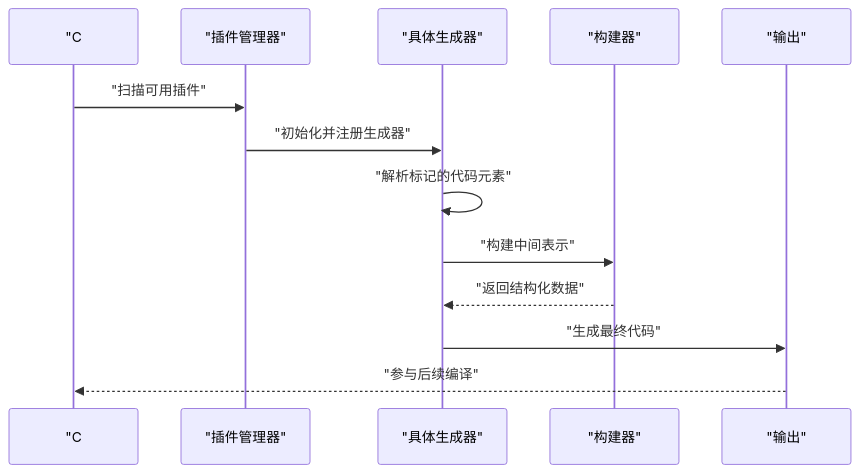
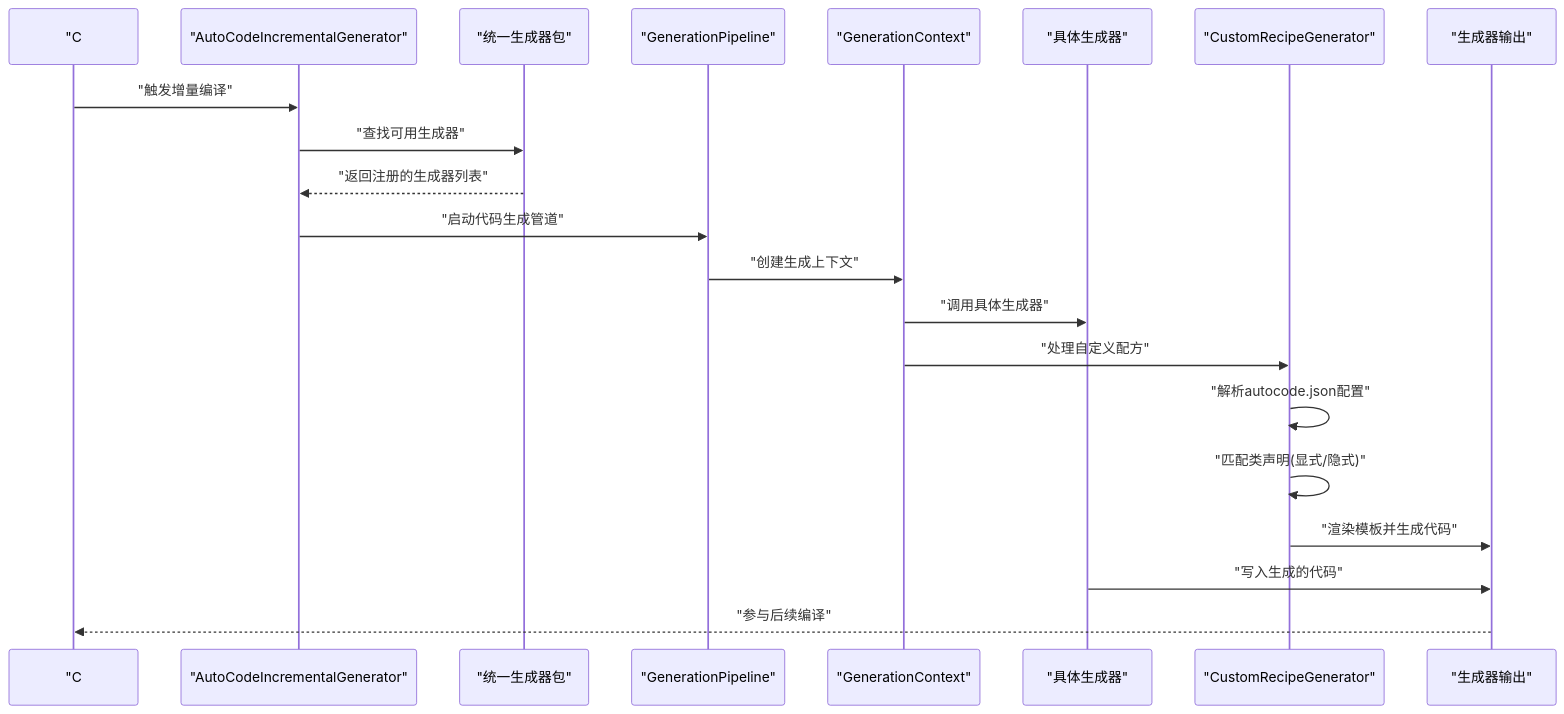
The second of 7 diagrams in .qoder/repowiki/zh/content/源代码生成器/源代码生成器.md (alivy/AutoCode), drawn with Mermaid before and after one commit. The commit also changed other lines of this file and 183 other files, not shown here.

````diff
--- a/.qoder/repowiki/zh/content/源代码生成器/源代码生成器.md
+++ b/.qoder/repowiki/zh/content/源代码生成器/源代码生成器.md
@@ -107,15 +171,23 @@
 ```mermaid
 sequenceDiagram
 participant Compiler as "C# 编译器"
-participant PluginMgr as "插件管理器"
+participant IncGen as "AutoCodeIncrementalGenerator"
+participant UniGen as "统一生成器包"
+participant Pipe as "GenerationPipeline"
+participant Ctx as "GenerationContext"
 participant Gen as "具体生成器"
-participant Builder as "构建器"
-participant Output as "输出"
-Compiler->>PluginMgr : "扫描可用插件"
-PluginMgr->>Gen : "初始化并注册生成器"
-Gen->>Gen : "解析标记的代码元素"
-Gen->>Builder : "构建中间表示"
-Builder-->>Gen : "返回结构化数据"
-Gen->>Output : "生成最终代码"
+participant CRGen as "CustomRecipeGenerator"
+participant Output as "生成器输出"
+Compiler->>IncGen : "触发增量编译"
+IncGen->>UniGen : "查找可用生成器"
+UniGen-->>IncGen : "返回注册的生成器列表"
+IncGen->>Pipe : "启动代码生成管道"
+Pipe->>Ctx : "创建生成上下文"
+Ctx->>Gen : "调用具体生成器"
+Ctx->>CRGen : "处理自定义配方"
+CRGen->>CRGen : "解析autocode.json配置"
+CRGen->>CRGen : "匹配类声明(显式/隐式)"
+CRGen->>Output : "渲染模板并生成代码"
+Gen->>Output : "写入生成的代码"
 Output-->>Compiler : "参与后续编译"
 ```
````
